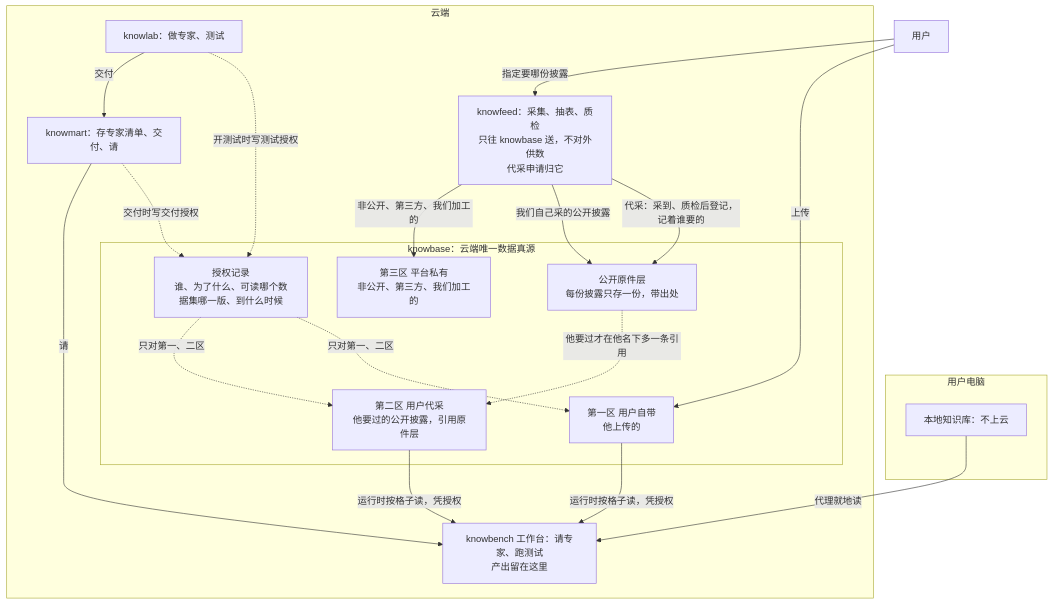
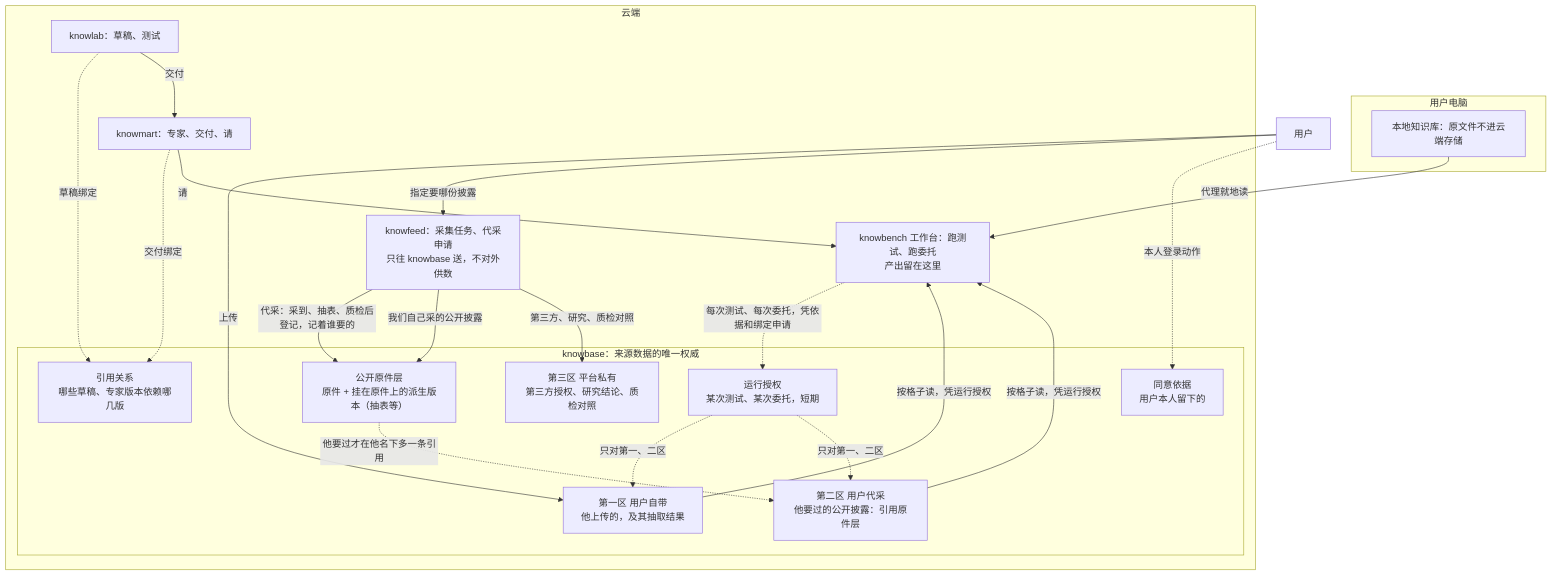
One commit to sunmoonlion/k8s changed the diagram in docs/数据拓扑.md. Above: the diagram before and after it, drawn with Mermaid. The commit also changed other lines of this file and 1 other file, not shown here.

Commit message:
数据拓扑第三版（所有者「都按你的建议，重写吧」）：吸收外部审稿人九条与 Fable 的判断——knowbase 管来源数据、版本与授权，各应用管业务记录；抽表是挂在原件上的派生版本，版本分开固定；读改为同意依据、绑定、运行授权三层，同意依据只来自用户本人；引用与授权分开，删除先阻止、跑完、下架撤权、再删，跨应用步骤可重试；一切取用方式同一套检查；本地知识库承诺照实写；恢复覆盖授权与撤销；补孵化授权、工程测试、注销导出、空间上限、检索分区；决定记录同步

````diff
--- a/docs/数据拓扑.md
+++ b/docs/数据拓扑.md
@@ -38,33 +50,37 @@
 ```mermaid
 flowchart TB
   subgraph PC[用户电脑]
-    L[本地知识库：不上云]
+    L[本地知识库：原文件不进云端存储]
   end
 
   subgraph CLOUD[云端]
-    F[knowfeed：采集、抽表、质检<br/>只往 knowbase 送，不对外供数<br/>代采申请归它]
-    subgraph KB[knowbase：云端唯一数据真源]
-      O[公开原件层<br/>每份披露只存一份，带出处]
-      Z1[第一区 用户自带<br/>他上传的]
-      Z2[第二区 用户代采<br/>他要过的公开披露，引用原件层]
-      Z3[第三区 平台私有<br/>非公开、第三方、我们加工的]
-      G[授权记录<br/>谁、为了什么、可读哪个数据集哪一版、到什么时候]
+    F[knowfeed：采集任务、代采申请<br/>只往 knowbase 送，不对外供数]
+    subgraph KB[knowbase：来源数据的唯一权威]
+      O[公开原件层<br/>原件 + 挂在原件上的派生版本（抽表等）]
+      Z1[第一区 用户自带<br/>他上传的，及其抽取结果]
+      Z2[第二区 用户代采<br/>他要过的公开披露：引用原件层]
+      Z3[第三区 平台私有<br/>第三方授权、研究结论、质检对照]
+      C[同意依据<br/>用户本人留下的]
+      R[引用关系<br/>哪些草稿、专家版本依赖哪几版]
+      G[运行授权<br/>某次测试、某次委托，短期]
     end
-    LAB[knowlab：做专家、测试]
-    MART[knowmart：存专家清单、交付、请]
-    BENCH[knowbench 工作台：请专家、跑测试<br/>产出留在这里]
+    LAB[knowlab：草稿、测试]
+    MART[knowmart：专家、交付、请]
+    BENCH[knowbench 工作台：跑测试、跑委托<br/>产出留在这里]
   end
 
   U[用户] -->|上传| Z1
   U -->|指定要哪份披露| F
-  F -->|代采：采到、质检后登记，记着谁要的| O
+  F -->|代采：采到、抽表、质检后登记，记着谁要的| O
   F -->|我们自己采的公开披露| O
   O -.->|他要过才在他名下多一条引用| Z2
-  F -->|非公开、第三方、我们加工的| Z3
-  LAB -.->|开测试时写测试授权| G
-  MART -.->|交付时写交付授权| G
+  F -->|第三方、研究、质检对照| Z3
+  U -.->|本人登录动作| C
+  LAB -.->|草稿绑定| R
+  MART -.->|交付绑定| R
+  BENCH -.->|每次测试、每次委托，凭依据和绑定申请| G
   G -.->|只对第一、二区| Z1 & Z2
-  Z1 & Z2 -->|运行时按格子读，凭授权| BENCH
+  Z1 & Z2 -->|按格子读，凭运行授权| BENCH
   L -->|代理就地读| BENCH
   LAB -->|交付| MART -->|请| BENCH
 ```
````
